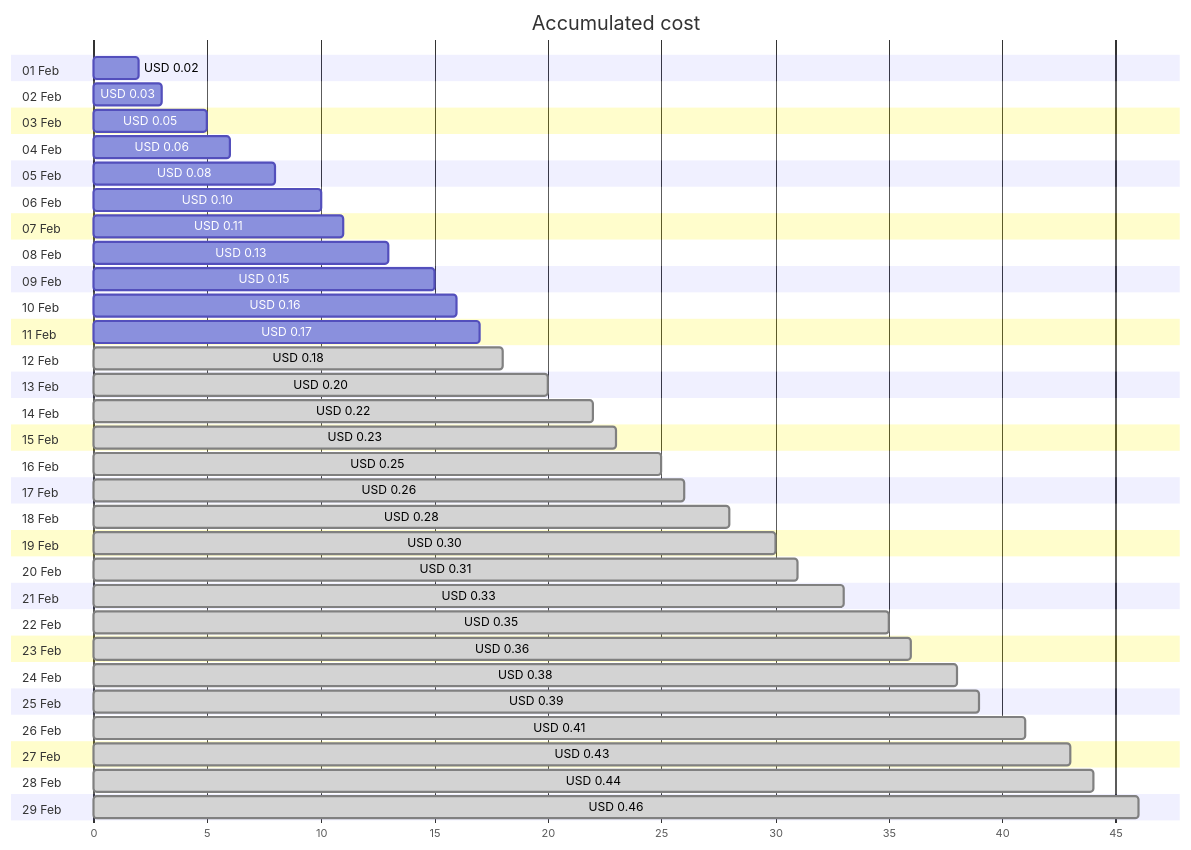
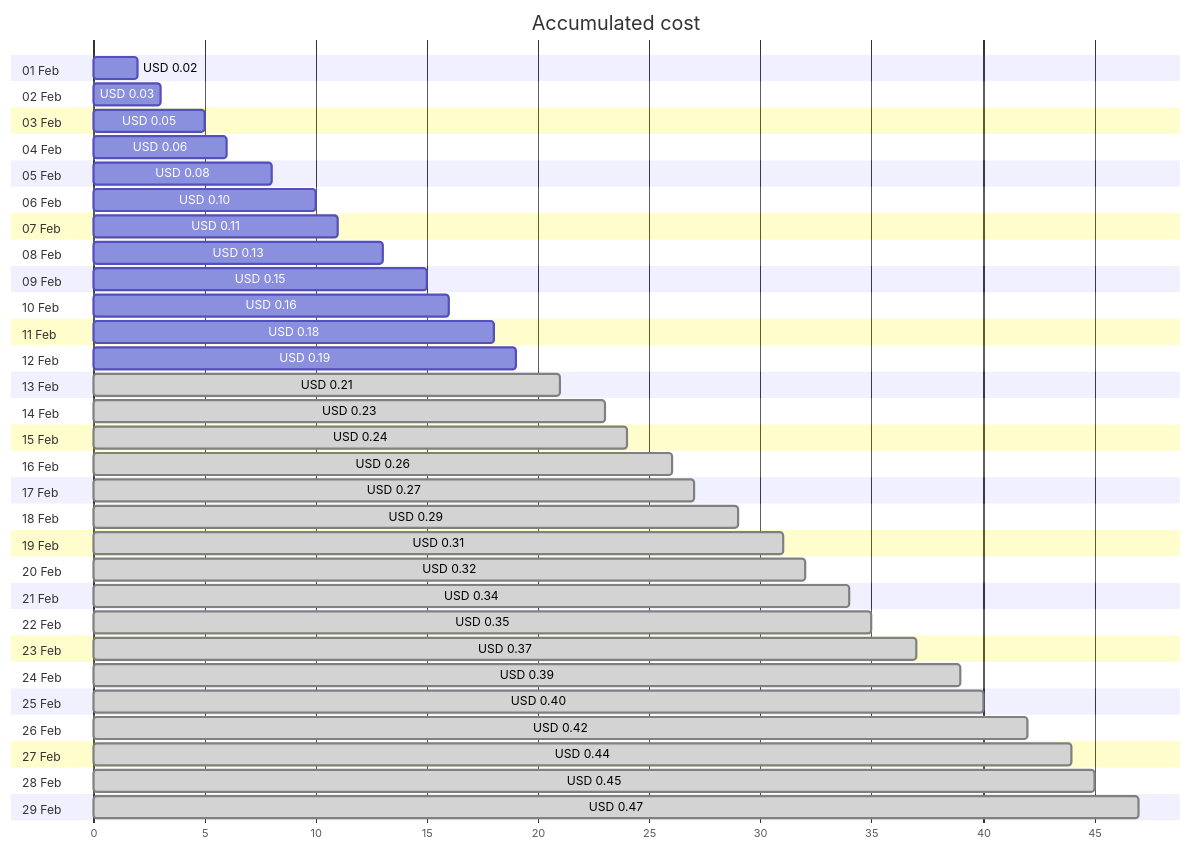
One commit to jpfulton/azure-personal-reports changed the first of 4 diagrams in cost-reports/personal-network/private.jpatrickfulton.com.md. Above: the diagram before and after it, drawn with Mermaid. The commit also changed other lines of this file and 8 other files, not shown here.

````diff
--- a/cost-reports/personal-network/private.jpatrickfulton.com.md
+++ b/cost-reports/personal-network/private.jpatrickfulton.com.md
@@ -20,64 +20,64 @@
 ```mermaid
 gantt
    title Accumulated cost
    dateFormat  X
    axisFormat %s
    section 01 Feb
    USD 0.02 :0, 2
    section 02 Feb
    USD 0.03 :0, 3
    section 03 Feb
    USD 0.05 :0, 5
    section 04 Feb
    USD 0.06 :0, 6
    section 05 Feb
    USD 0.08 :0, 8
    section 06 Feb
    USD 0.10 :0, 10
    section 07 Feb
    USD 0.11 :0, 11
    section 08 Feb
    USD 0.13 :0, 13
    section 09 Feb
    USD 0.15 :0, 15
    section 10 Feb
    USD 0.16 :0, 16
    section 11 Feb
-   USD 0.17 :0, 17
+   USD 0.18 :0, 18
    section 12 Feb
-   USD 0.18 : done, 0, 18
+   USD 0.19 :0, 19
    section 13 Feb
-   USD 0.20 : done, 0, 20
+   USD 0.21 : done, 0, 21
    section 14 Feb
-   USD 0.22 : done, 0, 22
+   USD 0.23 : done, 0, 23
    section 15 Feb
-   USD 0.23 : done, 0, 23
+   USD 0.24 : done, 0, 24
    section 16 Feb
-   USD 0.25 : done, 0, 25
+   USD 0.26 : done, 0, 26
    section 17 Feb
-   USD 0.26 : done, 0, 26
+   USD 0.27 : done, 0, 27
    section 18 Feb
-   USD 0.28 : done, 0, 28
+   USD 0.29 : done, 0, 29
    section 19 Feb
-   USD 0.30 : done, 0, 30
+   USD 0.31 : done, 0, 31
    section 20 Feb
-   USD 0.31 : done, 0, 31
+   USD 0.32 : done, 0, 32
    section 21 Feb
-   USD 0.33 : done, 0, 33
+   USD 0.34 : done, 0, 34
    section 22 Feb
    USD 0.35 : done, 0, 35
    section 23 Feb
-   USD 0.36 : done, 0, 36
+   USD 0.37 : done, 0, 37
    section 24 Feb
-   USD 0.38 : done, 0, 38
+   USD 0.39 : done, 0, 39
    section 25 Feb
-   USD 0.39 : done, 0, 39
+   USD 0.40 : done, 0, 40
    section 26 Feb
-   USD 0.41 : done, 0, 41
+   USD 0.42 : done, 0, 42
    section 27 Feb
-   USD 0.43 : done, 0, 43
+   USD 0.44 : done, 0, 44
    section 28 Feb
-   USD 0.44 : done, 0, 44
+   USD 0.45 : done, 0, 45
    section 29 Feb
-   USD 0.46 : done, 0, 46
+   USD 0.47 : done, 0, 47
 ```
````
